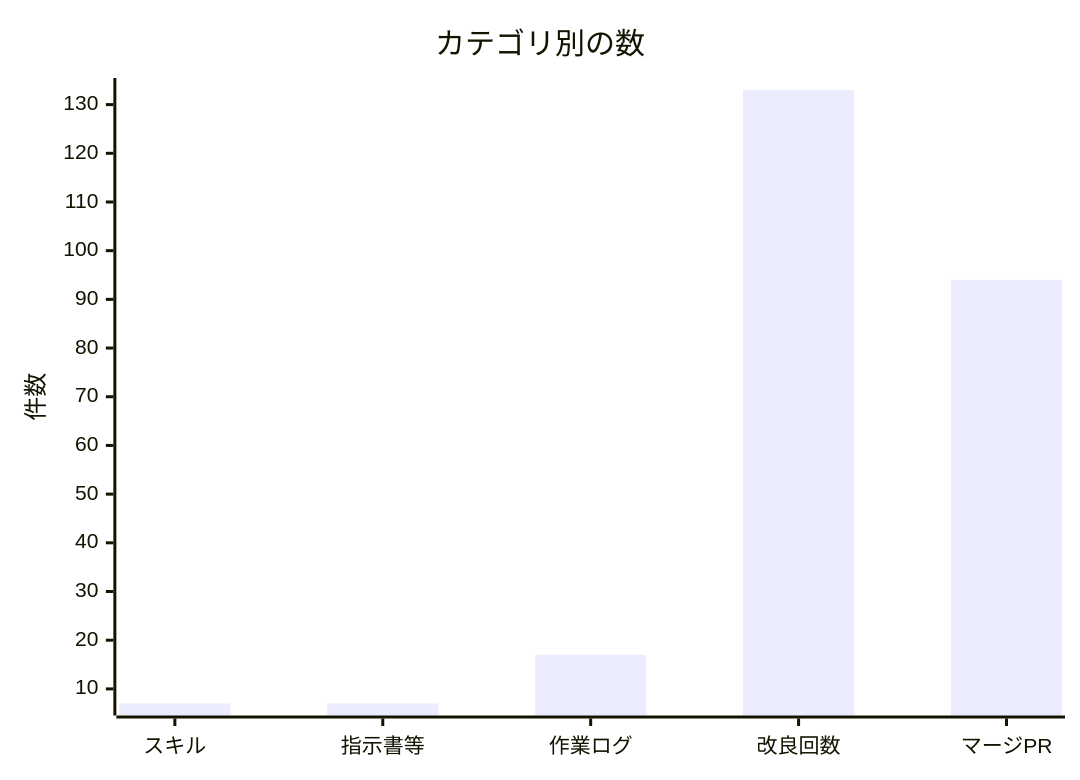
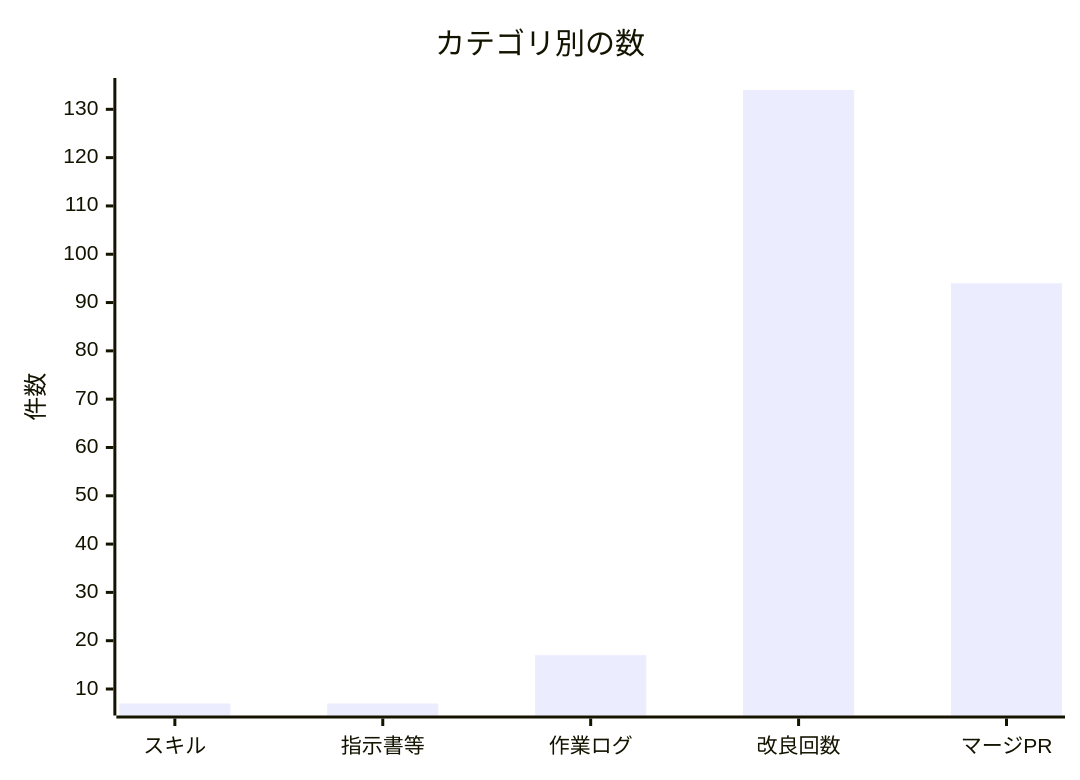
One commit to non-x2/non-x2 changed the second of 2 diagrams in docs/進化レポート.md. Above: the diagram before and after it, drawn with Mermaid. The commit also changed other lines of this file and 1 other file, not shown here.

````diff
--- a/docs/進化レポート.md
+++ b/docs/進化レポート.md
@@ -35,7 +35,7 @@
 ```mermaid
 xychart-beta
     title "カテゴリ別の数"
     x-axis ["スキル", "指示書等", "作業ログ", "改良回数", "マージPR"]
     y-axis "件数"
-    bar [7, 7, 17, 133, 94]
+    bar [7, 7, 17, 134, 94]
 ```
````
